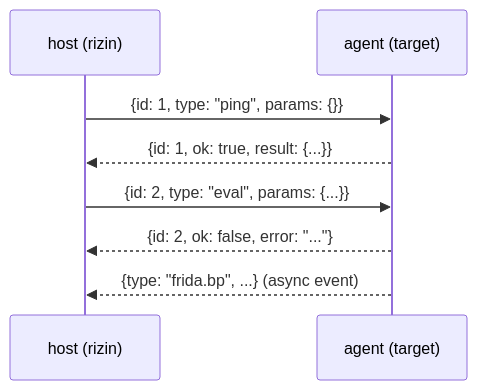
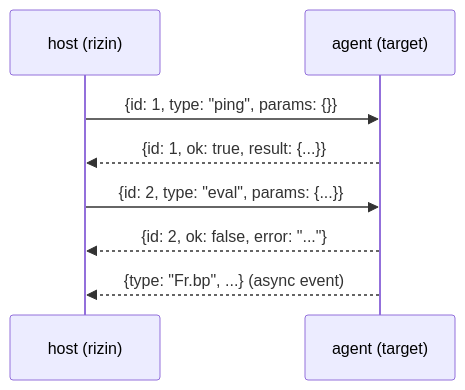
One commit to rizinorg/rz-frida changed the third of 3 diagrams in docs/intro/how_it_works.qmd. Above: the diagram before and after it, drawn with Mermaid. The commit also changed other lines of this file and 53 other files, not shown here.

````diff
--- a/docs/intro/how_it_works.qmd
+++ b/docs/intro/how_it_works.qmd
@@ -83,10 +83,10 @@
 ```{mermaid}
 sequenceDiagram
     participant H as host (rizin)
     participant A as agent (target)
     H->>A: {id: 1, type: "ping", params: {}}
     A-->>H: {id: 1, ok: true, result: {...}}
     H->>A: {id: 2, type: "eval", params: {...}}
     A-->>H: {id: 2, ok: false, error: "..."}
-    A-->>H: {type: "frida.bp", ...}  (async event)
+    A-->>H: {type: "Fr.bp", ...}  (async event)
 ```
````
